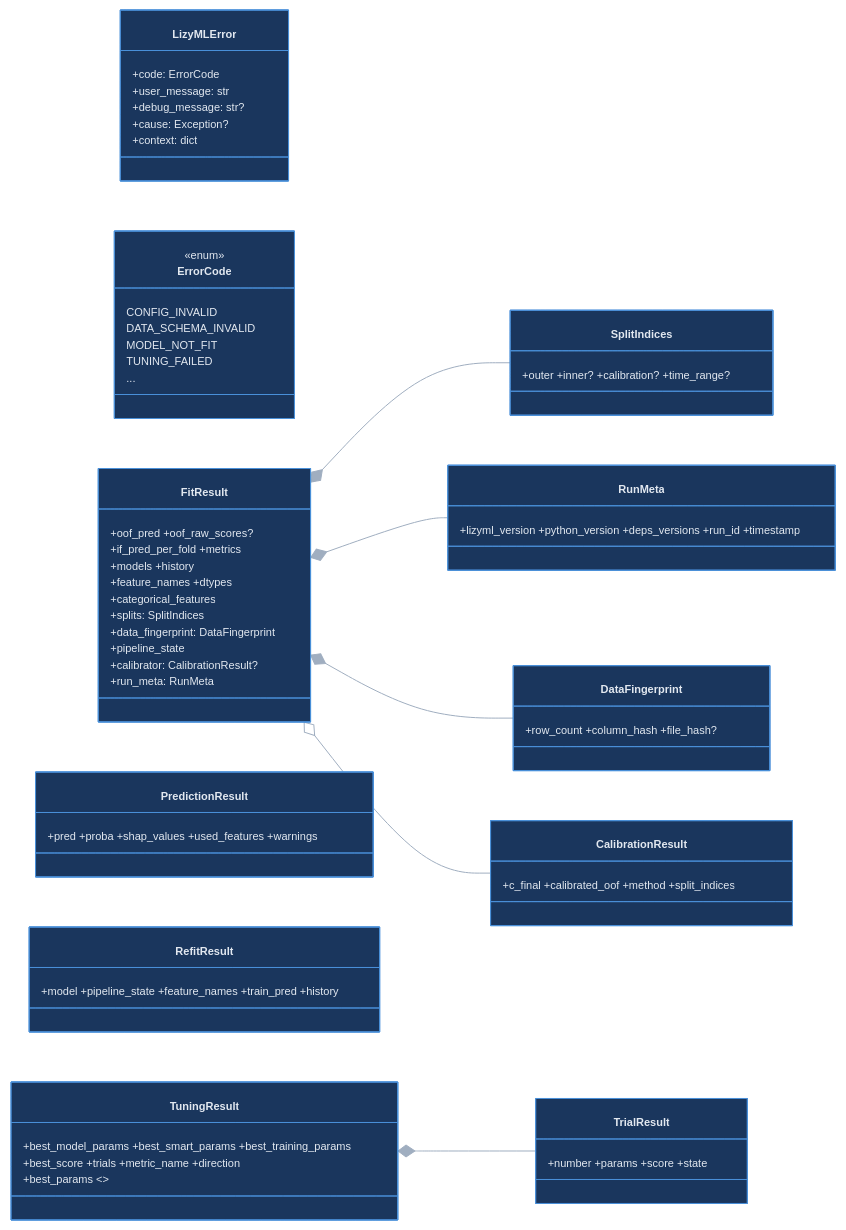
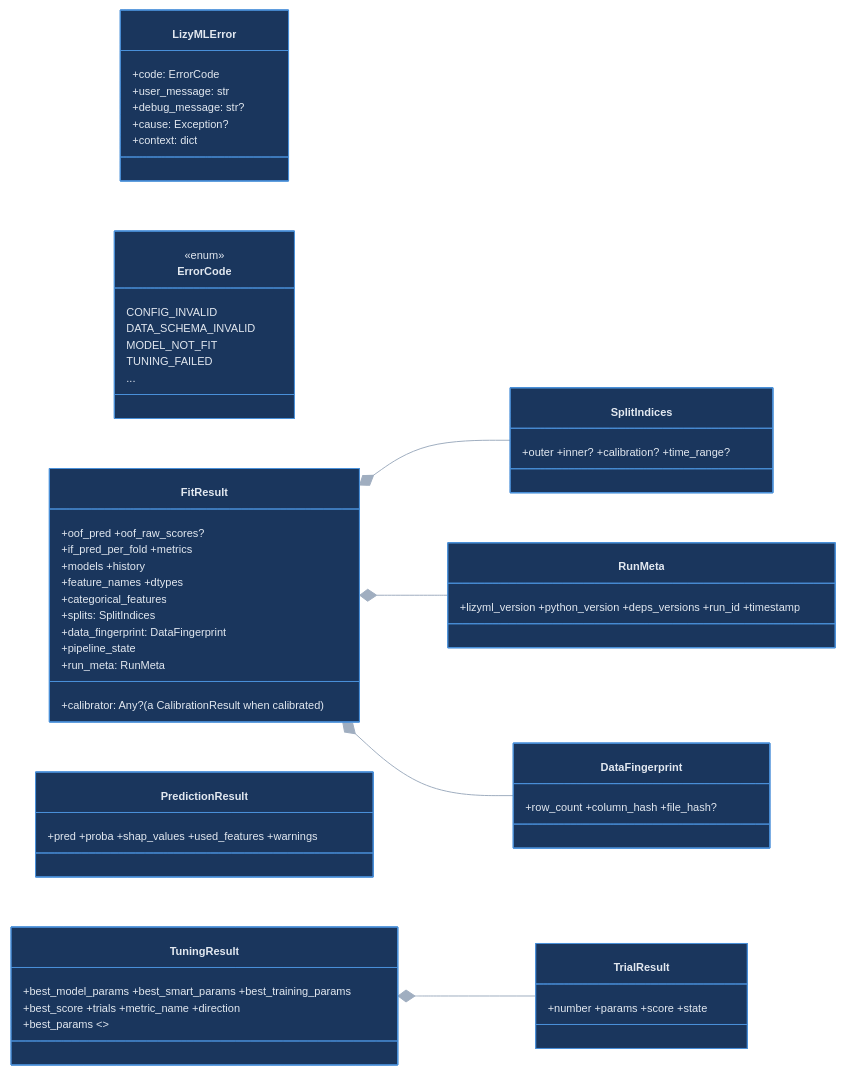
The second of 7 diagrams in ARCHITECTURE.md (nbx-liz/LizyML), drawn with Mermaid before and after one commit. The commit also changed other lines of this file and 30 other files, not shown here.

````diff
--- a/ARCHITECTURE.md
+++ b/ARCHITECTURE.md
@@ -147,54 +151,51 @@
 ```mermaid
 %%{init: {'theme': 'base', 'themeVariables': {'fontSize': '11px', 'primaryColor': '#2d3748', 'primaryTextColor': '#e2e8f0', 'lineColor': '#a0aec0', 'background': '#1a202c', 'mainBkg': '#2d3748', 'nodeBorder': '#718096'}}}%%
 classDiagram
     direction LR
 
     class LizyMLError:::foundationClass {
         +code: ErrorCode
         +user_message: str
         +debug_message: str?
         +cause: Exception?
         +context: dict
     }
     class ErrorCode:::foundationClass {
         <<enum>>
         CONFIG_INVALID
         DATA_SCHEMA_INVALID
         MODEL_NOT_FIT
         TUNING_FAILED
         ...
     }
 
     class FitResult:::foundationClass {
         +oof_pred +oof_raw_scores?
         +if_pred_per_fold +metrics
         +models +history
         +feature_names +dtypes
         +categorical_features
         +splits: SplitIndices
         +data_fingerprint: DataFingerprint
         +pipeline_state
-        +calibrator: CalibrationResult?
+        +calibrator: Any? (a CalibrationResult when calibrated)
         +run_meta: RunMeta
     }
     class PredictionResult:::foundationClass { +pred +proba +shap_values +used_features +warnings }
-    class RefitResult:::foundationClass { +model +pipeline_state +feature_names +train_pred +history }
     class TuningResult:::foundationClass {
         +best_model_params +best_smart_params +best_training_params
         +best_score +trials +metric_name +direction
         +best_params <<property>>
     }
     class TrialResult:::foundationClass { +number +params +score +state }
-    class CalibrationResult:::foundationClass { +c_final +calibrated_oof +method +split_indices }
     class SplitIndices:::foundationClass { +outer +inner? +calibration? +time_range? }
     class RunMeta:::foundationClass { +lizyml_version +python_version +deps_versions +run_id +timestamp }
     class DataFingerprint:::foundationClass { +row_count +column_hash +file_hash? }
 
     FitResult *-- SplitIndices
     FitResult *-- RunMeta
     FitResult *-- DataFingerprint
-    FitResult o-- CalibrationResult
     TuningResult *-- TrialResult
 
     classDef foundationClass fill:#1a365d,stroke:#4a90d9,color:#e2e8f0
 ```
````
